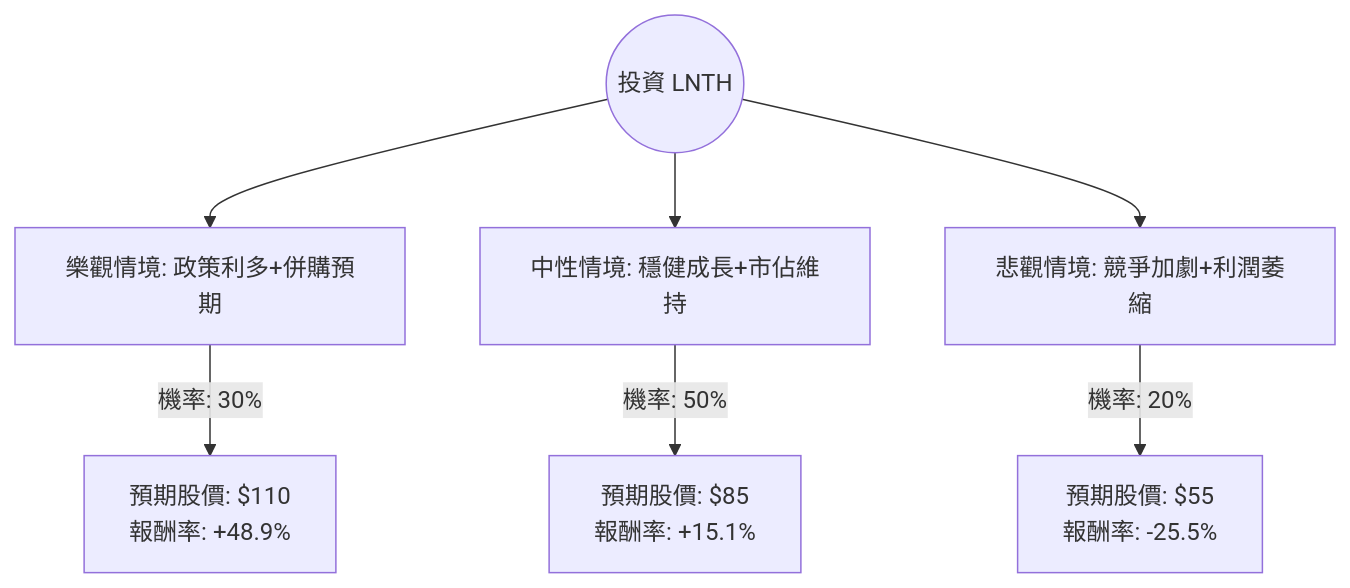
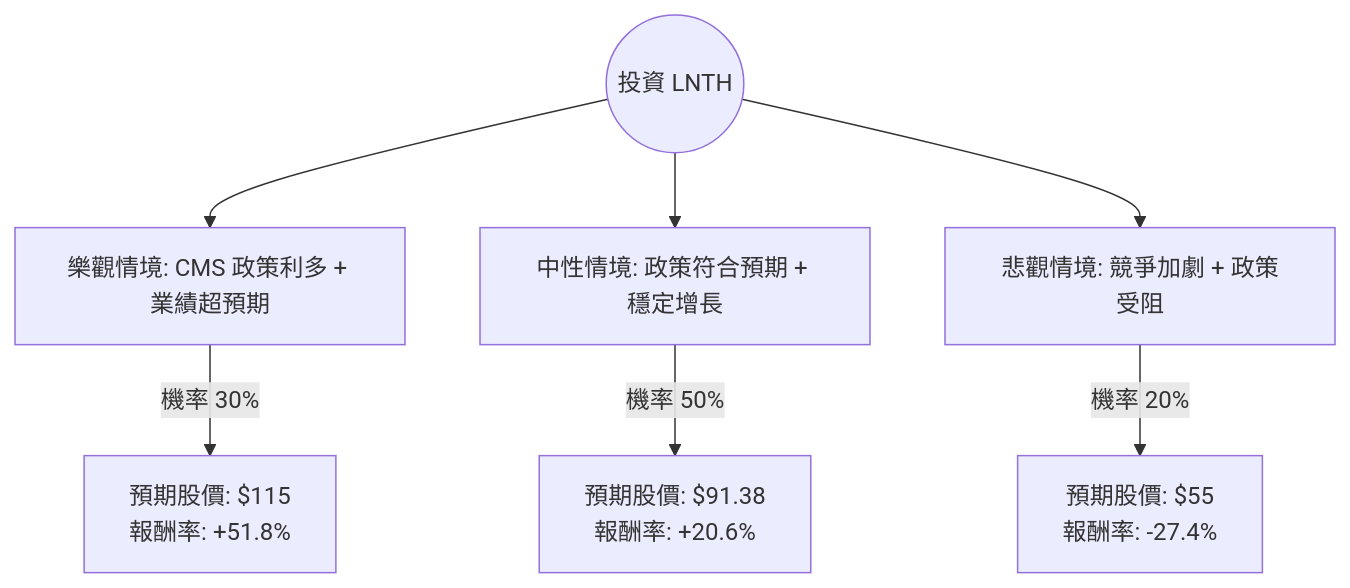
Before and after one commit to zmcx16/zmcx16.github.io: the diagram in plugin-react/ai-analysis/ev-analysis/LNTH.md, drawn with Mermaid. The commit also changed other lines of this file and 80 other files, not shown here.

````diff
--- a/plugin-react/ai-analysis/ev-analysis/LNTH.md
+++ b/plugin-react/ai-analysis/ev-analysis/LNTH.md
@@ -22,10 +20,10 @@
 ```mermaid
 graph TD
-    Start((投資 LNTH)) --> Bull[樂觀情境: 政策利多+併購預期]
-    Start --> Base[中性情境: 穩健成長+市佔維持]
-    Start --> Bear[悲觀情境: 競爭加劇+利潤萎縮]
+    Start((投資 LNTH)) --> Bull[樂觀情境: CMS 政策利多 + 業績超預期]
+    Start --> Base[中性情境: 政策符合預期 + 穩定增長]
+    Start --> Bear[悲觀情境: 競爭加劇 + 政策受阻]
 
-    Bull -- "機率: 30%" --> BullVal["預期股價: $110 <br/> 報酬率: +48.9%"]
-    Base -- "機率: 50%" --> BaseVal["預期股價: $85 <br/> 報酬率: +15.1%"]
-    Bear -- "機率: 20%" --> BearVal["預期股價: $55 <br/> 報酬率: -25.5%"]
+    Bull -- "機率 30%" --> BullVal["預期股價: $115 <br> 報酬率: +51.8%"]
+    Base -- "機率 50%" --> BaseVal["預期股價: $91.38 <br> 報酬率: +20.6%"]
+    Bear -- "機率 20%" --> BearVal["預期股價: $55 <br> 報酬率: -27.4%"]
 ```
````
